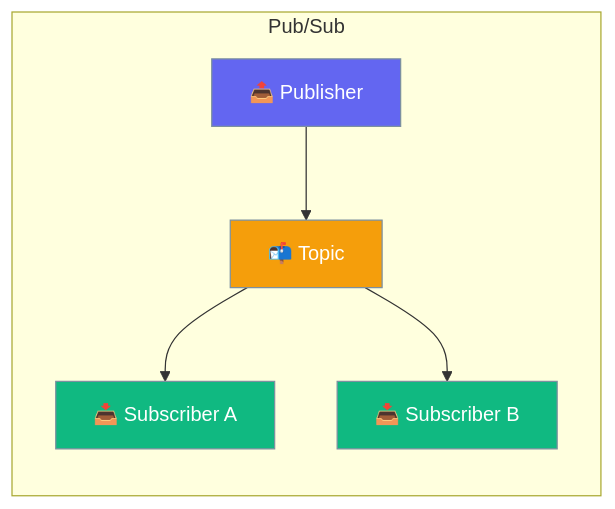
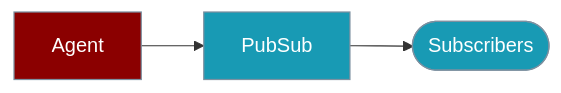
Before and after one commit to MervinPraison/PraisonAIDocs: the first of 2 diagrams in docs/js/pubsub.mdx, drawn with Mermaid. The commit also changed 19 other files, not shown here.

````diff
--- a/docs/js/pubsub.mdx
+++ b/docs/js/pubsub.mdx
@@ -10,16 +10,11 @@
 ```mermaid
 graph LR
-    subgraph "Pub/Sub"
-        A[📤 Publisher] --> B[📬 Topic]
-        B --> C[📥 Subscriber A]
-        B --> D[📥 Subscriber B]
-    end
-    
-    classDef pub fill:#6366F1,stroke:#7C90A0,color:#fff
-    classDef topic fill:#F59E0B,stroke:#7C90A0,color:#fff
-    classDef sub fill:#10B981,stroke:#7C90A0,color:#fff
-    
-    class A pub
-    class B topic
-    class C,D sub
+    Agent[Agent] --> PubSub[PubSub]
+    PubSub --> Subscribers([Subscribers])
+
+    classDef agent fill:#8B0000,stroke:#7C90A0,color:#fff
+    classDef tool fill:#189AB4,stroke:#7C90A0,color:#fff
+
+    class Agent agent
+    class PubSub,Subscribers tool
 ```
````
